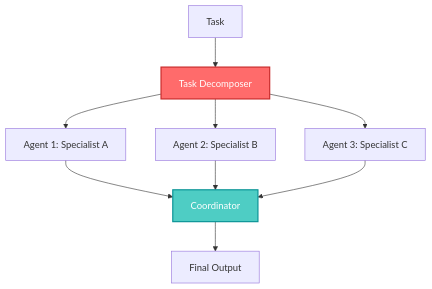
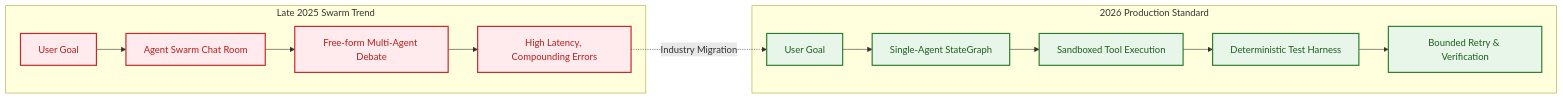
The third of 3 diagrams in _posts/2025/12/2025-12-10-all-agentic-architectures-comprehensive-guide.md (akillness/akillness.github.io), drawn with Mermaid before and after one commit. The commit also changed other lines of this file and 1 other file, not shown here.

Commit message:
archive(dev): rebuild all-agentic-architectures-comprehensive-guide from 2025-12 note

````diff
--- a/_posts/2025/12/2025-12-10-all-agentic-architectures-comprehensive-guide.md
+++ b/_posts/2025/12/2025-12-10-all-agentic-architectures-comprehensive-guide.md
@@ -119,14 +148,22 @@
 ```mermaid
-graph TB
-    A[Task] --> B[Task Decomposer]
-    B --> C[Agent 1: Specialist A]
-    B --> D[Agent 2: Specialist B]
-    B --> E[Agent 3: Specialist C]
-    C --> F[Coordinator]
-    D --> F
-    E --> F
-    F --> G[Final Output]
+flowchart LR
+    subgraph Swarm Era ["Late 2025 Swarm Trend"]
+        S1[User Goal] --> S2[Agent Swarm Chat Room]
+        S2 --> S3[Free-form Multi-Agent Debate]
+        S3 --> S4[High Latency, Compounding Errors]
+    end
 
-    style B fill:#ff6b6b,stroke:#c92a2a,stroke-width:2px,color:#fff
-    style F fill:#4ecdc4,stroke:#0a9396,stroke-width:2px,color:#fff
+    subgraph Deterministic Era ["2026 Production Standard"]
+        D1[User Goal] --> D2[Single-Agent StateGraph]
+        D2 --> D3[Sandboxed Tool Execution]
+        D3 --> D4[Deterministic Test Harness]
+        D4 --> D5[Bounded Retry & Verification]
+    end
+
+    S4 -.->|Industry Migration| D1
+
+    classDef swarm fill:#ffebee,stroke:#c62828,stroke-width:2px,color:#b71c1c;
+    classDef det fill:#e8f5e9,stroke:#2e7d32,stroke-width:2px,color:#1b5e20;
+    class S1,S2,S3,S4 swarm;
+    class D1,D2,D3,D4,D5 det;
 ```
````
